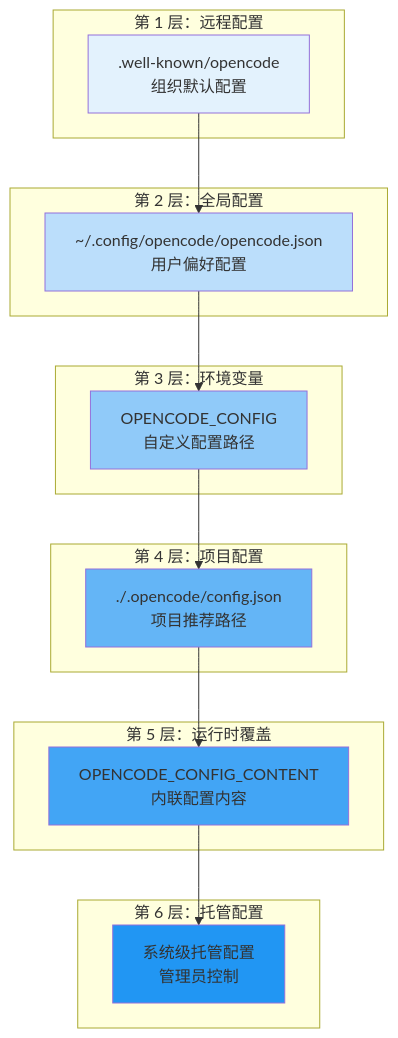
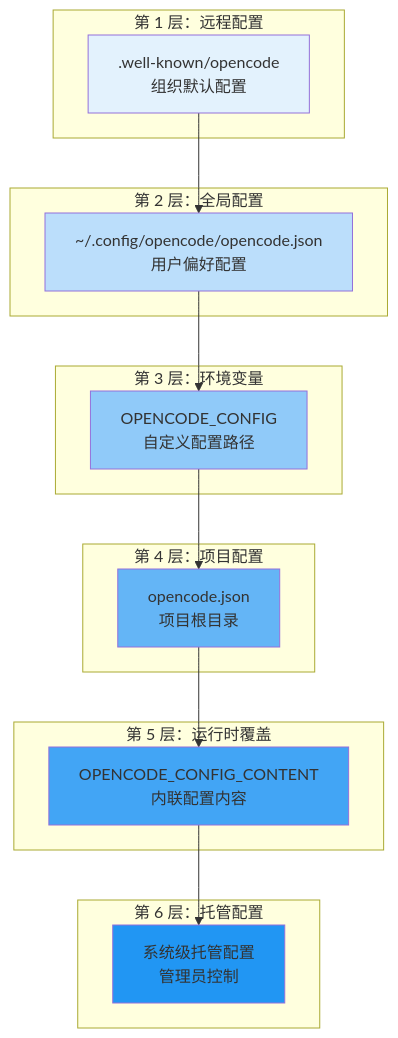
The first of 3 diagrams in src/03-setup/opencode-config.md (tonydeng/harness-engineering-from-oc-to-ai-coding), drawn with Mermaid before and after one commit. The commit also changed other lines of this file and 331 other files, not shown here.

````diff
--- a/src/03-setup/opencode-config.md
+++ b/src/03-setup/opencode-config.md
@@ -19,35 +21,35 @@
 ```mermaid
 flowchart TB
     subgraph Layer1["第 1 层：远程配置"]
         R1[".well-known/opencode<br/>组织默认配置"]
     end
     
     subgraph Layer2["第 2 层：全局配置"]
         G1["~/.config/opencode/opencode.json<br/>用户偏好配置"]
     end
     
     subgraph Layer3["第 3 层：环境变量"]
         E1["OPENCODE_CONFIG<br/>自定义配置路径"]
     end
     
     subgraph Layer4["第 4 层：项目配置"]
-        P1["./.opencode/config.json<br/>项目推荐路径"]
+        P1["opencode.json<br/>项目根目录"]
     end
     
     subgraph Layer5["第 5 层：运行时覆盖"]
         I1["OPENCODE_CONFIG_CONTENT<br/>内联配置内容"]
     end
     
     subgraph Layer6["第 6 层：托管配置"]
         M1["系统级托管配置<br/>管理员控制"]
     end
     
     R1 --> G1 --> E1 --> P1 --> I1 --> M1
 
     style R1 fill:#e3f2fd
     style G1 fill:#bbdefb
     style E1 fill:#90caf9
     style P1 fill:#64b5f6
     style I1 fill:#42a5f5
     style M1 fill:#2196f3
 ```
````
